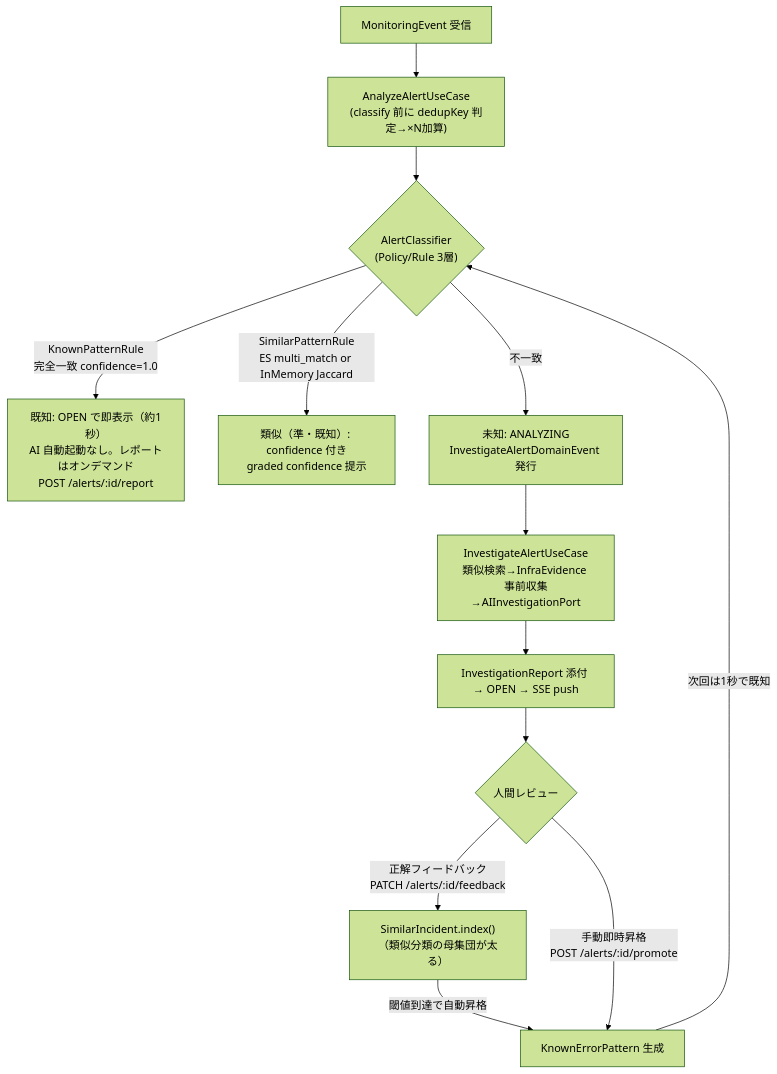
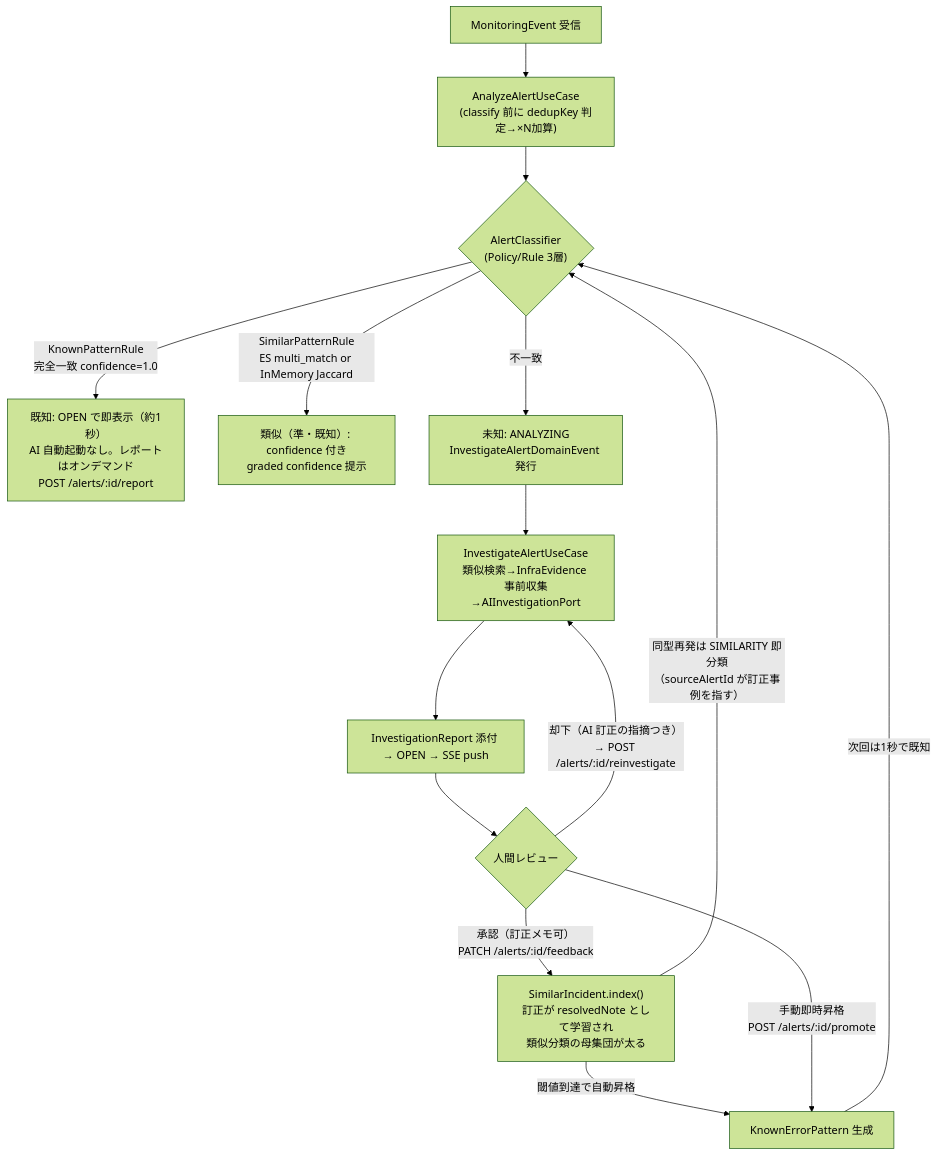
The second of 5 diagrams in docs/architecture.md (nagoyamanaka/ec-monitoring-agent), drawn with Mermaid (forest theme) before and after one commit. The commit also changed other lines of this file and 4 other files, not shown here.

````diff
--- a/docs/architecture.md
+++ b/docs/architecture.md
@@ -61,15 +61,17 @@
 ```mermaid
 flowchart TD
   ME["MonitoringEvent 受信"] --> AA["AnalyzeAlertUseCase<br/>(classify 前に dedupKey 判定→×N加算)"]
   AA --> C{"AlertClassifier<br/>(Policy/Rule 3層)"}
   C -->|"KnownPatternRule<br/>完全一致 confidence=1.0"| K["既知: OPEN で即表示（約1秒）<br/>AI 自動起動なし。レポートはオンデマンド<br/>POST /alerts/:id/report"]
   C -->|"SimilarPatternRule<br/>ES multi_match or InMemory Jaccard"| S["類似（準・既知）: confidence 付き<br/>graded confidence 提示"]
   C -->|不一致| U["未知: ANALYZING<br/>InvestigateAlertDomainEvent 発行"]
   U --> INV["InvestigateAlertUseCase<br/>類似検索→InfraEvidence 事前収集→AIInvestigationPort"]
   INV --> RPT["InvestigationReport 添付 → OPEN → SSE push"]
   RPT --> H{"人間レビュー"}
-  H -->|"正解フィードバック<br/>PATCH /alerts/:id/feedback"| SIDX["SimilarIncident.index()<br/>（類似分類の母集団が太る）"]
+  H -->|"承認（訂正メモ可）<br/>PATCH /alerts/:id/feedback"| SIDX["SimilarIncident.index()<br/>訂正が resolvedNote として学習され<br/>類似分類の母集団が太る"]
   SIDX -->|"閾値到達で自動昇格"| KP["KnownErrorPattern 生成"]
+  SIDX -->|"同型再発は SIMILARITY 即分類<br/>（sourceAlertId が訂正事例を指す）"| C
   H -->|"手動即時昇格<br/>POST /alerts/:id/promote"| KP
+  H -->|"却下（AI 訂正の指摘つき）<br/>→ POST /alerts/:id/reinvestigate"| INV
   KP -->|次回は1秒で既知| C
 ```
````
